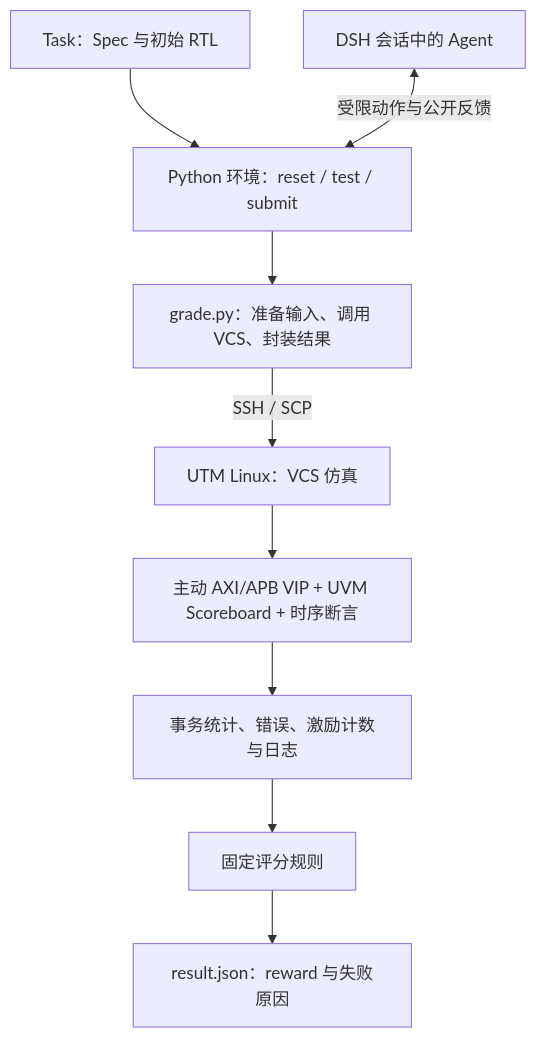
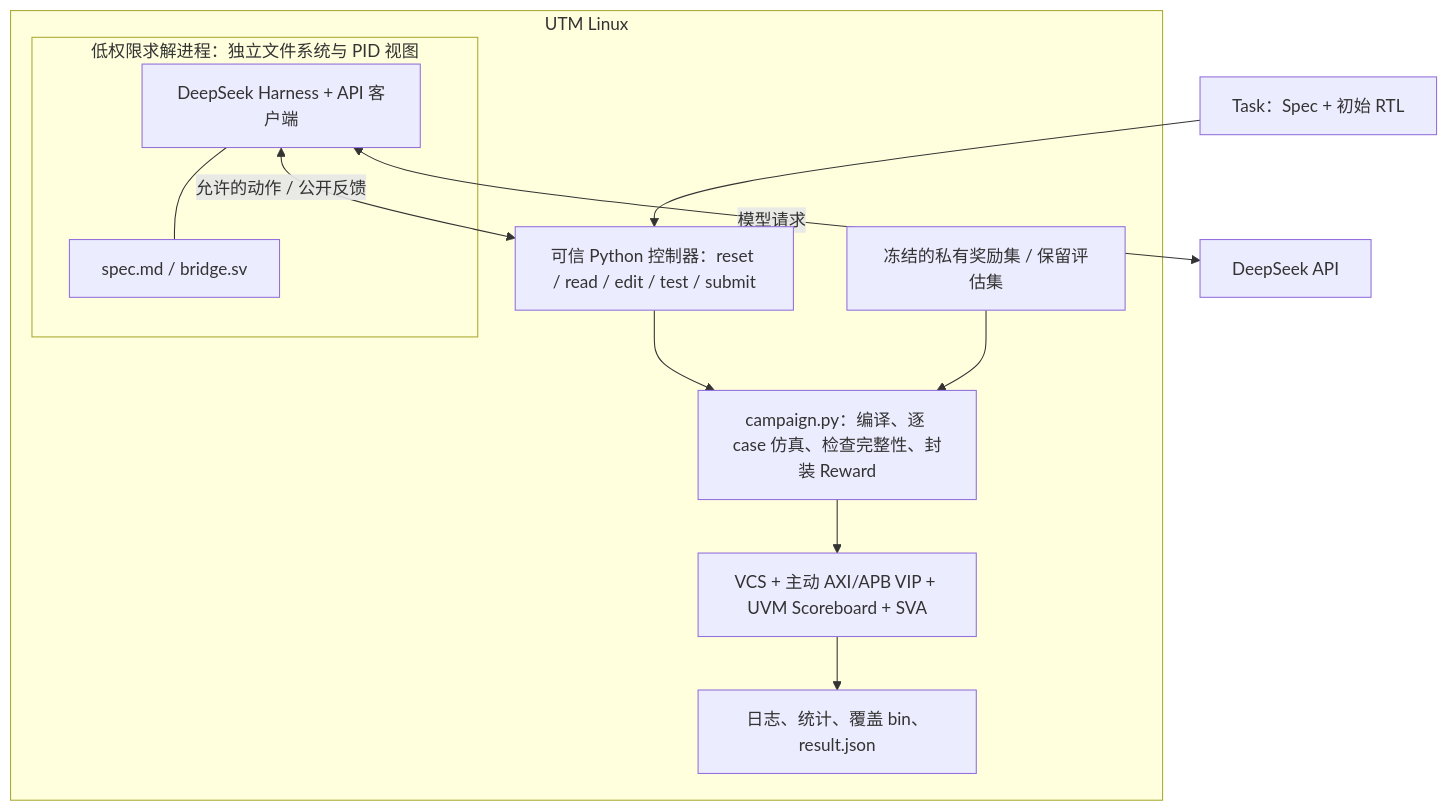
The first of 2 diagrams in docs/architecture.md (5Mcv4He/ProtocolBridge-RL), drawn with Mermaid before and after one commit. The commit also changed other lines of this file and 34 other files, not shown here.

Commit message:
feat: run DSH in UTM and add requirement-driven VIP verification

````diff
--- a/docs/architecture.md
+++ b/docs/architecture.md
@@ -9,11 +9,18 @@
 ```mermaid
-flowchart TD
-    TASK["Task：Spec 与初始 RTL"] --> ENV["Python 环境：reset / test / submit"]
-    AGENT["DSH 会话中的 Agent"] <-->|"受限动作与公开反馈"| ENV
-    ENV --> GRADE["grade.py：准备输入、调用 VCS、封装结果"]
-    GRADE -->|"SSH / SCP"| SIM["UTM Linux：VCS 仿真"]
-    SIM --> VERIFY["主动 AXI/APB VIP + UVM Scoreboard + 时序断言"]
-    VERIFY --> LOG["事务统计、错误、激励计数与日志"]
-    LOG --> PARSE["固定评分规则"]
-    PARSE --> RESULT["result.json：reward 与失败原因"]
+flowchart TB
+    Task["Task：Spec + 初始 RTL"] --> Controller
+    subgraph UTM["UTM Linux"]
+      subgraph Solver["低权限求解进程：独立文件系统与 PID 视图"]
+        DSH["DeepSeek Harness + API 客户端"]
+        Work["spec.md / bridge.sv"]
+        DSH --- Work
+      end
+      Controller["可信 Python 控制器：reset / read / edit / test / submit"]
+      DSH <-->|"允许的动作 / 公开反馈"| Controller
+      Controller --> Grade["campaign.py：编译、逐 case 仿真、检查完整性、封装 Reward"]
+      Private["冻结的私有奖励集 / 保留评估集"] --> Grade
+      Grade --> VCS["VCS + 主动 AXI/APB VIP + UVM Scoreboard + SVA"]
+      VCS --> Evidence["日志、统计、覆盖 bin、result.json"]
+    end
+    DSH <-->|"模型请求"| API["DeepSeek API"]
 ```
````
